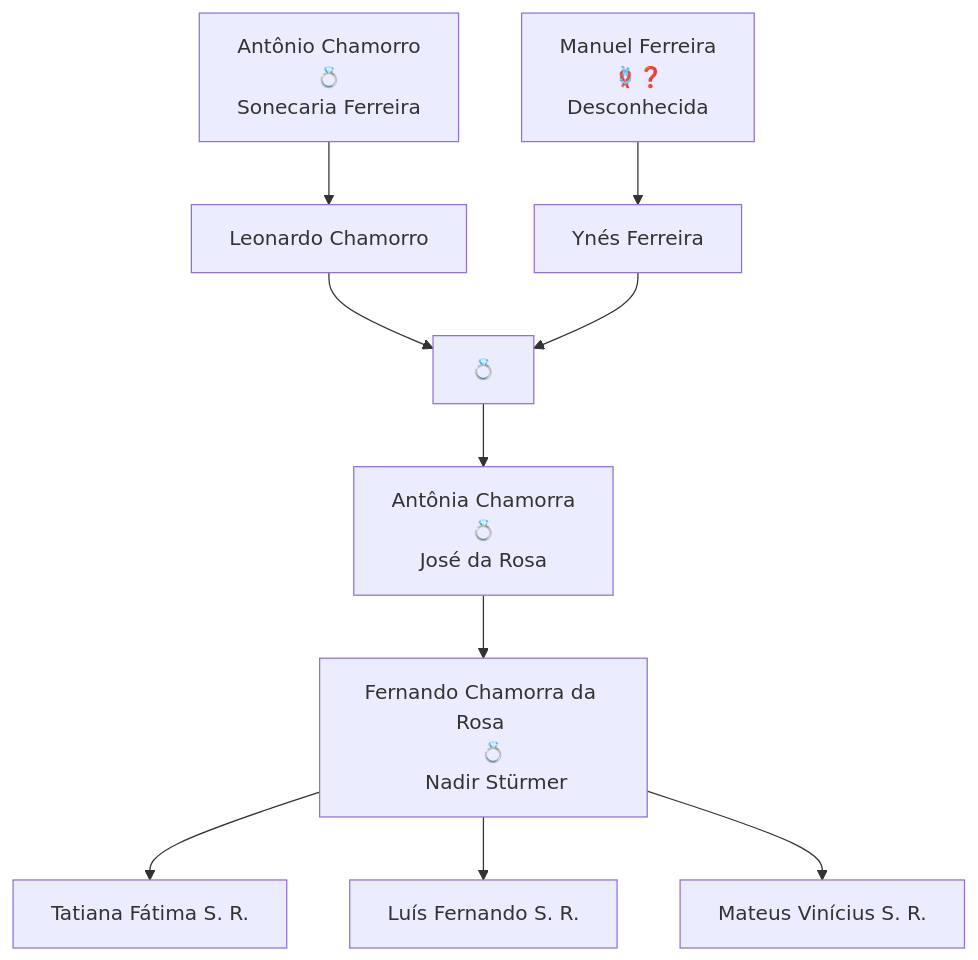
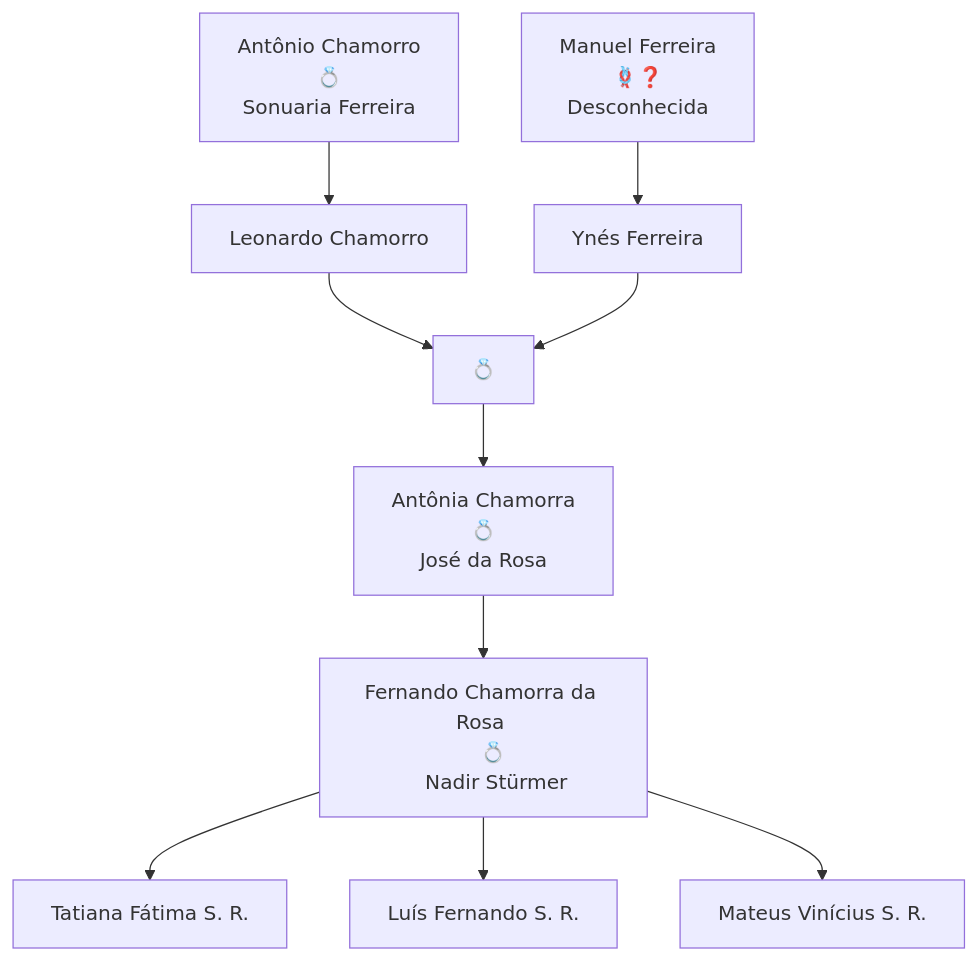
The second of 2 diagrams in docs/genealogia.md (luisfsr/luisfsr.github.io), drawn with Mermaid before and after one commit. The commit also changed other lines of this file, not shown here.

````diff
--- a/docs/genealogia.md
+++ b/docs/genealogia.md
@@ -121,23 +115,23 @@
 ```mermaid
 graph TD
     a[Manuel Ferreira
     🪢❓
     Desconhecida]    
     d[Ynés Ferreira]
     a --> d
-    
+
     A[Antônio Chamorro 
     💍 
-    Sonecaria Ferreira] --> B[Leonardo Chamorro]
+    Sonuaria Ferreira] --> B[Leonardo Chamorro]
     B--> e[💍]
     d --> e
     e --> C[Antônia Chamorra 
     💍
     José da Rosa]
     C --> D[Fernando Chamorra da Rosa 
     💍 
     Nadir Stürmer]
     D --> E[Tatiana Fátima S. R.]
     D --> F[Luís Fernando S. R.]
     D --> G[Mateus Vinícius S. R.] 
 ```
````
